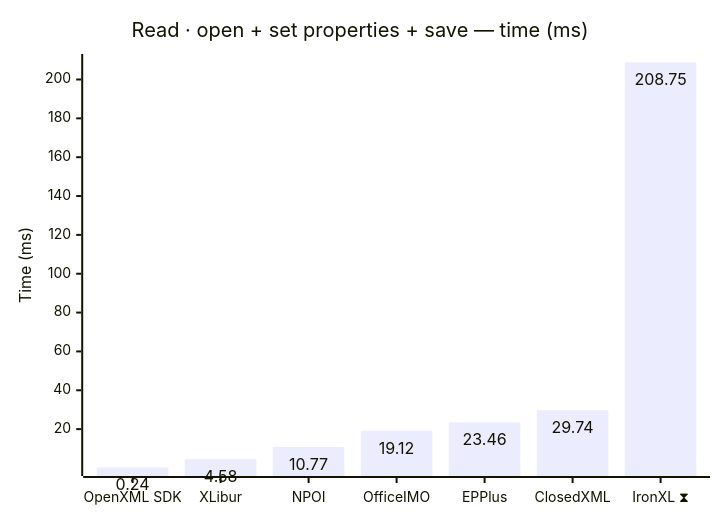
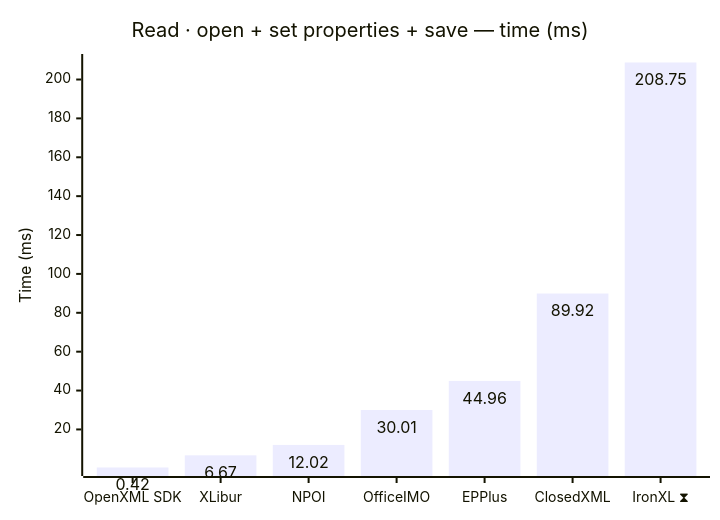
The first of 12 diagrams in docs/results-ci.md (jafin/XLBench), drawn with Mermaid before and after one commit. The commit also changed other lines of this file, not shown here.

````diff
--- a/docs/results-ci.md
+++ b/docs/results-ci.md
@@ -43,12 +43,12 @@
 ```mermaid
 ---
 config:
   xyChart:
     showDataLabel: true
 ---
 xychart-beta
     title "Read · open + set properties + save — time (ms)"
     x-axis ["OpenXML SDK", "XLibur", "NPOI", "OfficeIMO", "EPPlus", "ClosedXML", "IronXL ⧗"]
     y-axis "Time (ms)"
-    bar [0.24, 4.58, 10.77, 19.12, 23.46, 29.74, 208.75]
+    bar [0.42, 6.67, 12.02, 30.01, 44.96, 89.92, 208.75]
 ```
````
